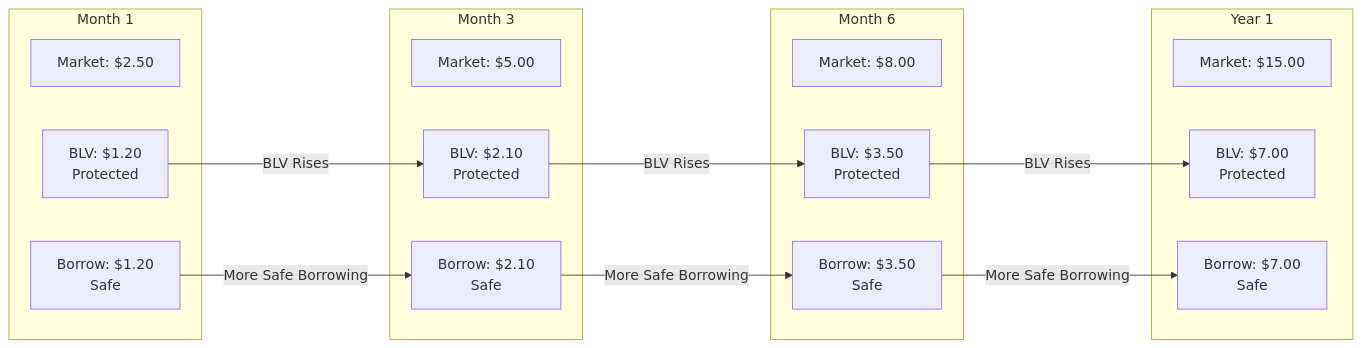
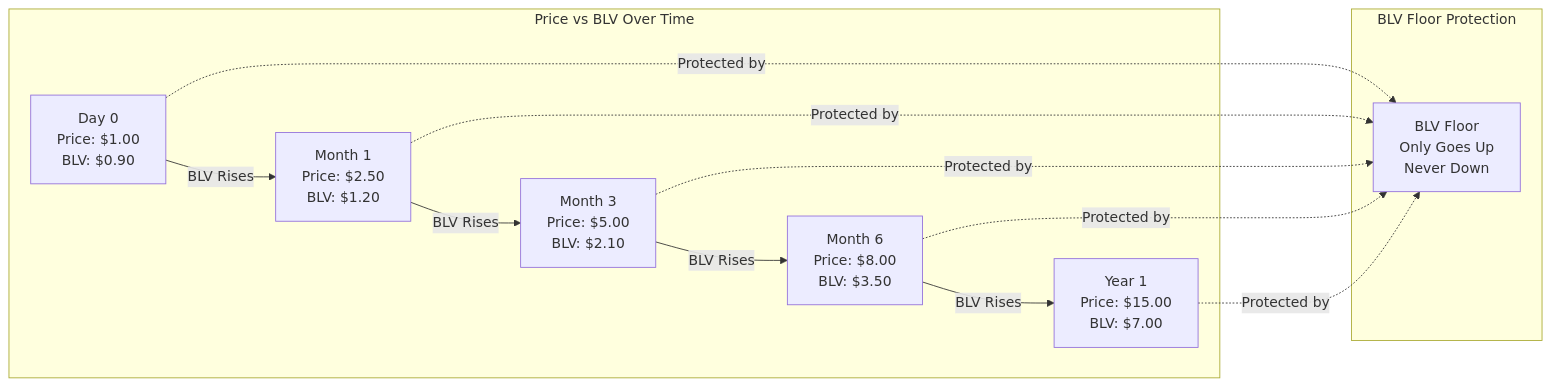
Before and after one commit to 0xJaehaerys/ohmega: the second of 8 diagrams in blackhaven-blv-user-friendly.md, drawn with Mermaid. The commit also changed other lines of this file, not shown here.

First line of the commit message:
Rewrite BLV diagram based on actual Baseline Markets mechanism

````diff
--- a/blackhaven-blv-user-friendly.md
+++ b/blackhaven-blv-user-friendly.md
@@ -49,35 +39,25 @@
 ```mermaid
 graph LR
-    subgraph "Month 1"
-        M1_PRICE[Market: $2.50]
-        M1_BLV[BLV: $1.20<br/>Protected]
-        M1_BORROW[Borrow: $1.20<br/>Safe]
+    subgraph "Price vs BLV Over Time"
+        T0[Day 0<br/>Price: $1.00<br/>BLV: $0.90]
+        T1[Month 1<br/>Price: $2.50<br/>BLV: $1.20]
+        T2[Month 3<br/>Price: $5.00<br/>BLV: $2.10]
+        T3[Month 6<br/>Price: $8.00<br/>BLV: $3.50]
+        T4[Year 1<br/>Price: $15.00<br/>BLV: $7.00]
     end
     
-    subgraph "Month 3"
-        M3_PRICE[Market: $5.00]
-        M3_BLV[BLV: $2.10<br/>Protected]
-        M3_BORROW[Borrow: $2.10<br/>Safe]
+    subgraph "BLV Floor Protection"
+        FLOOR[BLV Floor<br/>Only Goes Up<br/>Never Down]
     end
     
-    subgraph "Month 6"
-        M6_PRICE[Market: $8.00]
-        M6_BLV[BLV: $3.50<br/>Protected]
-        M6_BORROW[Borrow: $3.50<br/>Safe]
-    end
+    T0 -->|BLV Rises| T1
+    T1 -->|BLV Rises| T2
+    T2 -->|BLV Rises| T3
+    T3 -->|BLV Rises| T4
     
-    subgraph "Year 1"
-        Y1_PRICE[Market: $15.00]
-        Y1_BLV[BLV: $7.00<br/>Protected]
-        Y1_BORROW[Borrow: $7.00<br/>Safe]
-    end
-    
-    M1_BLV -->|BLV Rises| M3_BLV
-    M3_BLV -->|BLV Rises| M6_BLV
-    M6_BLV -->|BLV Rises| Y1_BLV
-    
-    M1_BORROW -->|More Safe Borrowing| M3_BORROW
-    M3_BORROW -->|More Safe Borrowing| M6_BORROW
-    M6_BORROW -->|More Safe Borrowing| Y1_BORROW
-    
+    T0 -.->|Protected by| FLOOR
+    T1 -.->|Protected by| FLOOR
+    T2 -.->|Protected by| FLOOR
+    T3 -.->|Protected by| FLOOR
+    T4 -.->|Protected by| FLOOR
 ```
````
